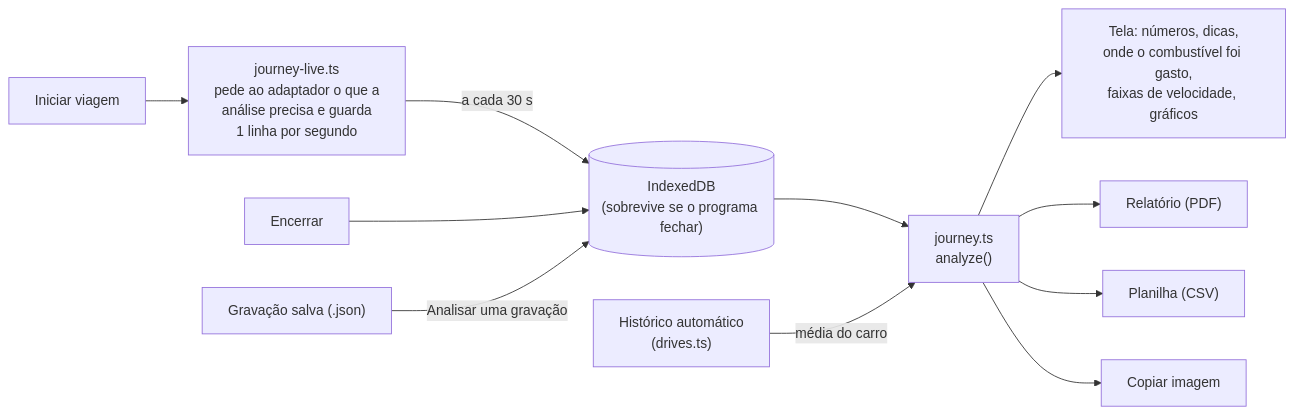
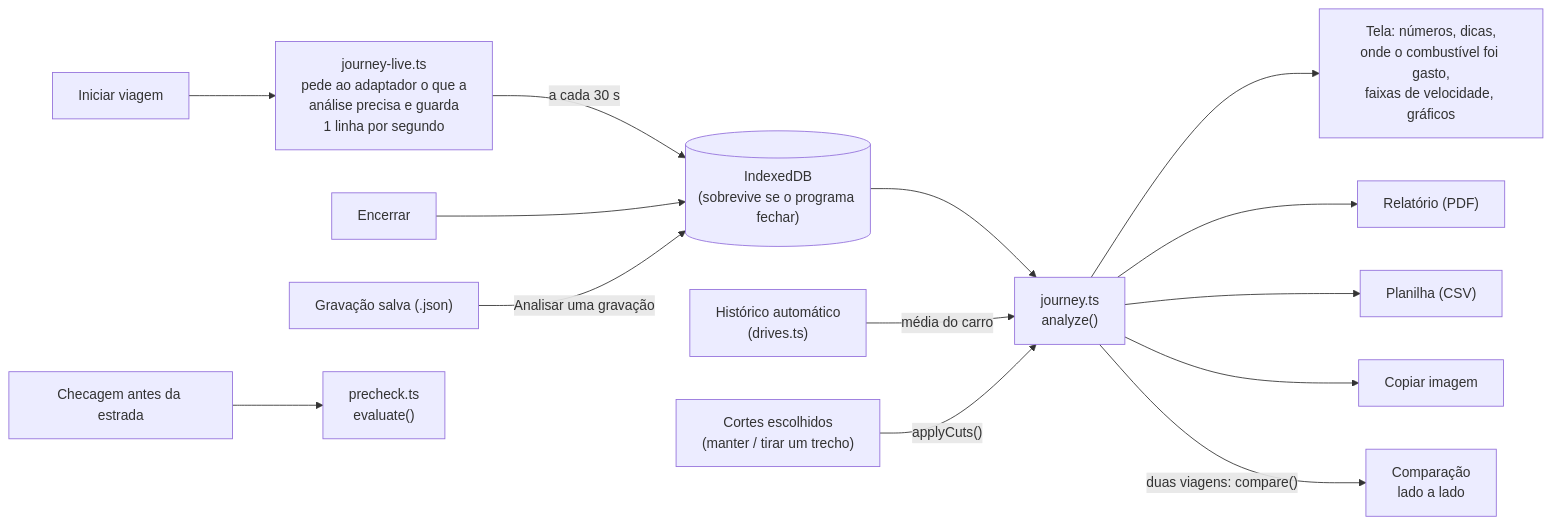
Before and after one commit to samuvieceli/obd2-scanner: the ninth of 19 diagrams in docs/DIAGRAMAS.md, drawn with Mermaid. The commit also changed other lines of this file and 14 other files, not shown here.

First line of the commit message:
Tela Viagem, etapa 2: cortar trecho, comparar viagens e checagem antes da estrada

````diff
--- a/docs/DIAGRAMAS.md
+++ b/docs/DIAGRAMAS.md
@@ -311,11 +312,14 @@
 ```mermaid
 flowchart LR
     start["Iniciar viagem"] --> live["journey-live.ts<br/>pede ao adaptador o que a<br/>análise precisa e guarda<br/>1 linha por segundo"]
     live -- "a cada 30 s" --> db[("IndexedDB<br/>(sobrevive se o programa fechar)")]
     stop["Encerrar"] --> db
     rec["Gravação salva (.json)"] -- "Analisar uma gravação" --> db
     db --> an["journey.ts<br/>analyze()"]
     an --> screen["Tela: números, dicas,<br/>onde o combustível foi gasto,<br/>faixas de velocidade, gráficos"]
     an --> pdf["Relatório (PDF)"] & csv["Planilha (CSV)"] & img["Copiar imagem"]
     hist["Histórico automático<br/>(drives.ts)"] -- "média do carro" --> an
+    cuts["Cortes escolhidos<br/>(manter / tirar um trecho)"] -- "applyCuts()" --> an
+    an -- "duas viagens: compare()" --> cmp["Comparação<br/>lado a lado"]
+    chk["Checagem antes da estrada"] --> pc["precheck.ts<br/>evaluate()"]
 ```
````
